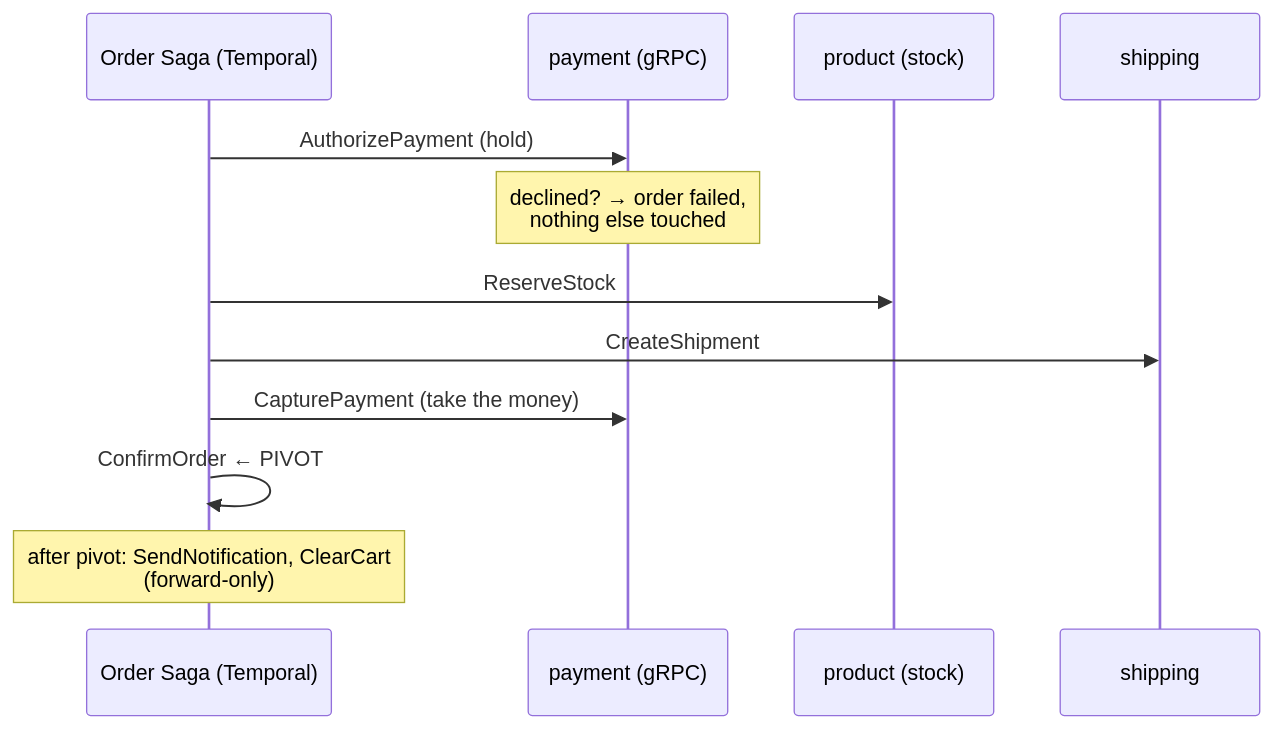
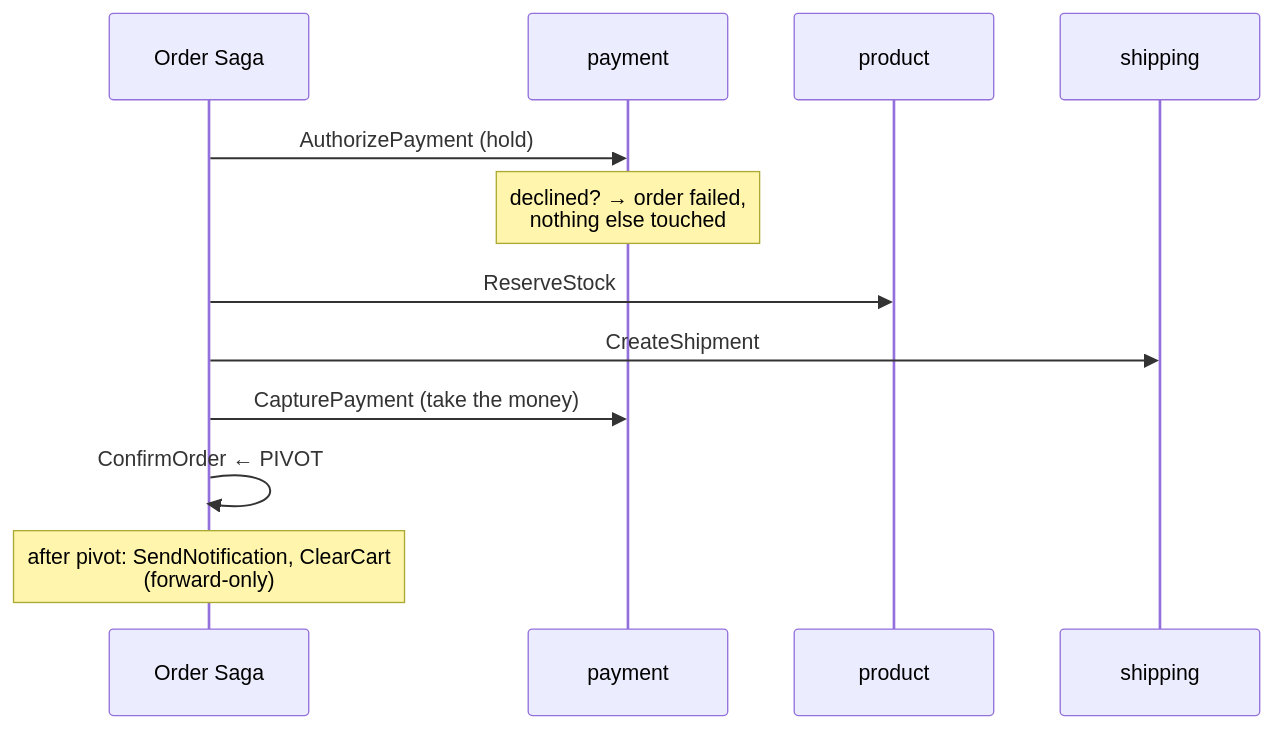
Before and after one commit to duynhlab/homelab: the sixth of 11 diagrams in docs/api/saga-vs-2pc.md, drawn with Mermaid. The commit also changed other lines of this file, not shown here.

First line of the commit message:
Add detailed diagrams to saga vs 2PC doc

````diff
--- a/docs/api/saga-vs-2pc.md
+++ b/docs/api/saga-vs-2pc.md
@@ -152,14 +201,14 @@
 ```mermaid
 sequenceDiagram
-    participant W as Order Saga (Temporal)
-    participant Pay as payment (gRPC)
-    participant Prod as product (stock)
+    participant W as Order Saga
+    participant Pay as payment
+    participant Prod as product
     participant Ship as shipping
     W->>Pay: AuthorizePayment (hold)
     Note over Pay: declined? → order failed,<br/>nothing else touched
     W->>Prod: ReserveStock
     W->>Ship: CreateShipment
     W->>Pay: CapturePayment (take the money)
     W->>W: ConfirmOrder  ← PIVOT
     Note over W: after pivot: SendNotification, ClearCart<br/>(forward-only)
 ```
````
